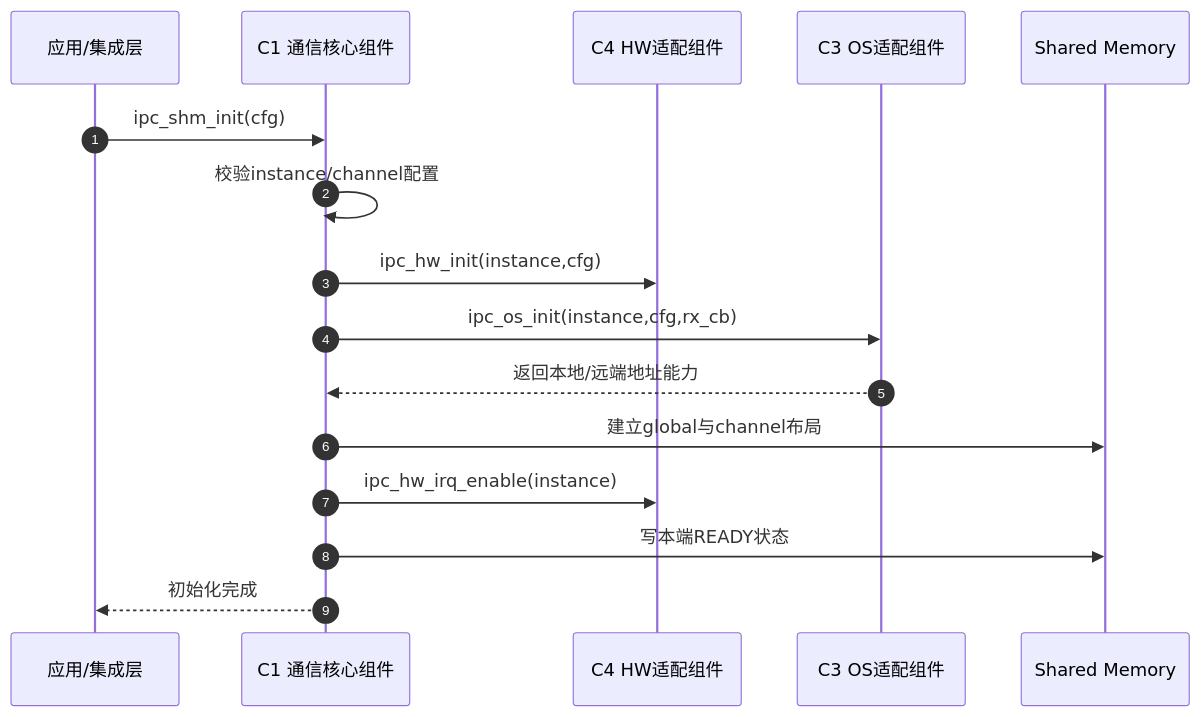
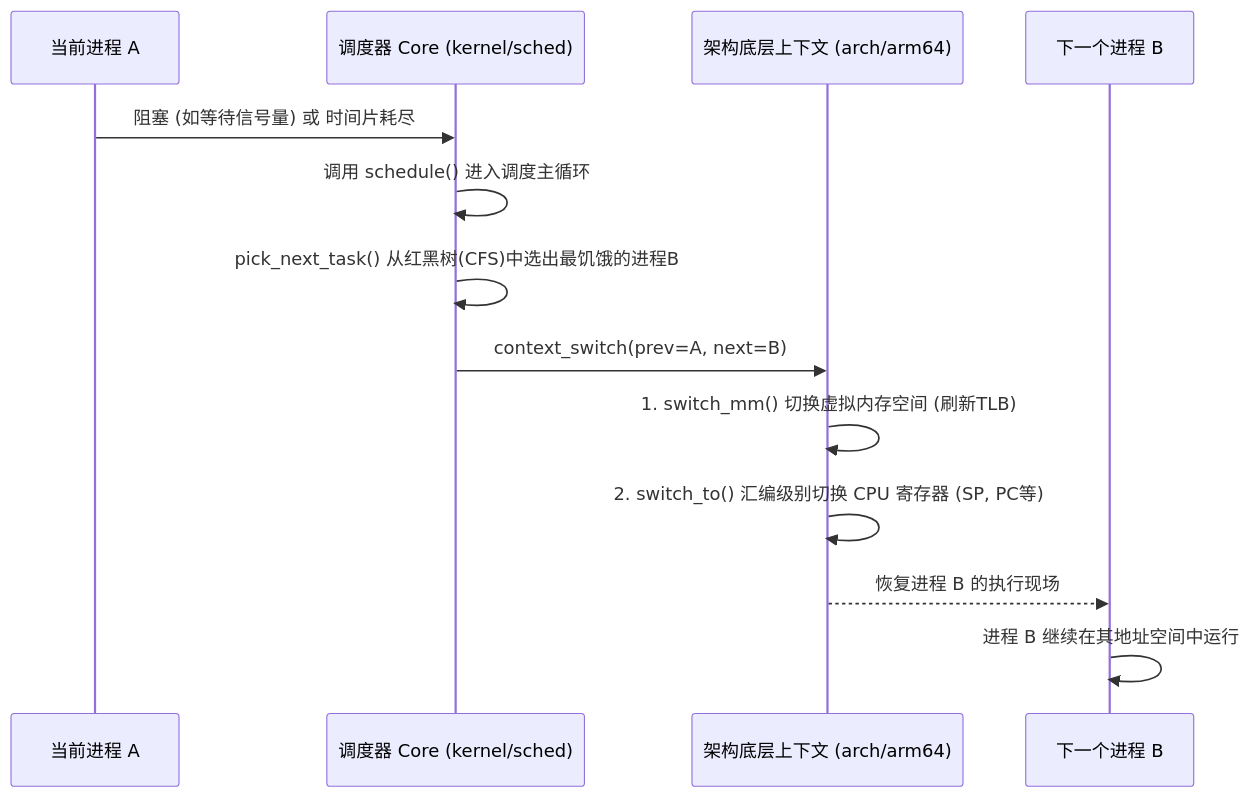
One commit to Mastang1/notes_md changed the third of 4 diagrams in temp.md. Above: the diagram before and after it, drawn with Mermaid. The commit also changed other lines of this file and 2 other files, not shown here.

````diff
--- a/temp.md
+++ b/temp.md
@@ -955,37 +164,16 @@
 ```mermaid
+sequenceDiagram
+    participant Task as 当前进程 A
+    participant Sched as 调度器 Core (kernel/sched)
+    participant Arch as 架构底层上下文 (arch/arm64)
+    participant TaskB as 下一个进程 B
 
-sequenceDiagram
-
-    autonumber
-
-    participant APP as 应用/集成层
-
-    participant C1 as C1 通信核心组件
-
-    participant C4 as C4 HW适配组件
-
-    participant C3 as C3 OS适配组件
-
-    participant SHM as Shared Memory
-
-  
-
-    APP->>C1: ipc_shm_init(cfg)
-
-    C1->>C1: 校验instance/channel配置
-
-    C1->>C4: ipc_hw_init(instance,cfg)
-
-    C1->>C3: ipc_os_init(instance,cfg,rx_cb)
-
-    C3-->>C1: 返回本地/远端地址能力
-
-    C1->>SHM: 建立global与channel布局
-
-    C1->>C4: ipc_hw_irq_enable(instance)
-
-    C1->>SHM: 写本端READY状态
-
-    C1-->>APP: 初始化完成
-
+    Task->>Sched: 阻塞 (如等待信号量) 或 时间片耗尽
+    Sched->>Sched: 调用 schedule() 进入调度主循环
+    Sched->>Sched: pick_next_task() 从红黑树(CFS)中选出最饥饿的进程B
+    Sched->>Arch: context_switch(prev=A, next=B)
+    Arch->>Arch: 1. switch_mm() 切换虚拟内存空间 (刷新TLB)
+    Arch->>Arch: 2. switch_to() 汇编级别切换 CPU 寄存器 (SP, PC等)
+    Arch-->>TaskB: 恢复进程 B 的执行现场
+    TaskB->>TaskB: 进程 B 继续在其地址空间中运行
 ```
````
